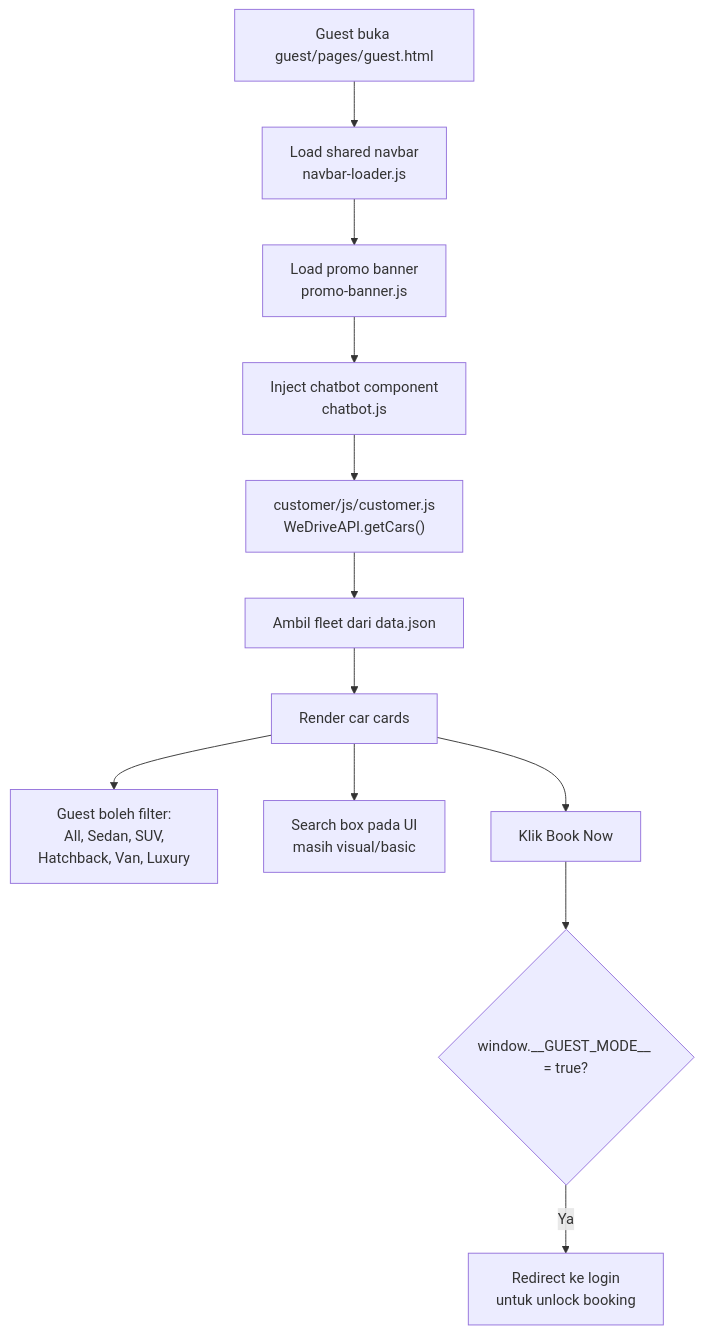
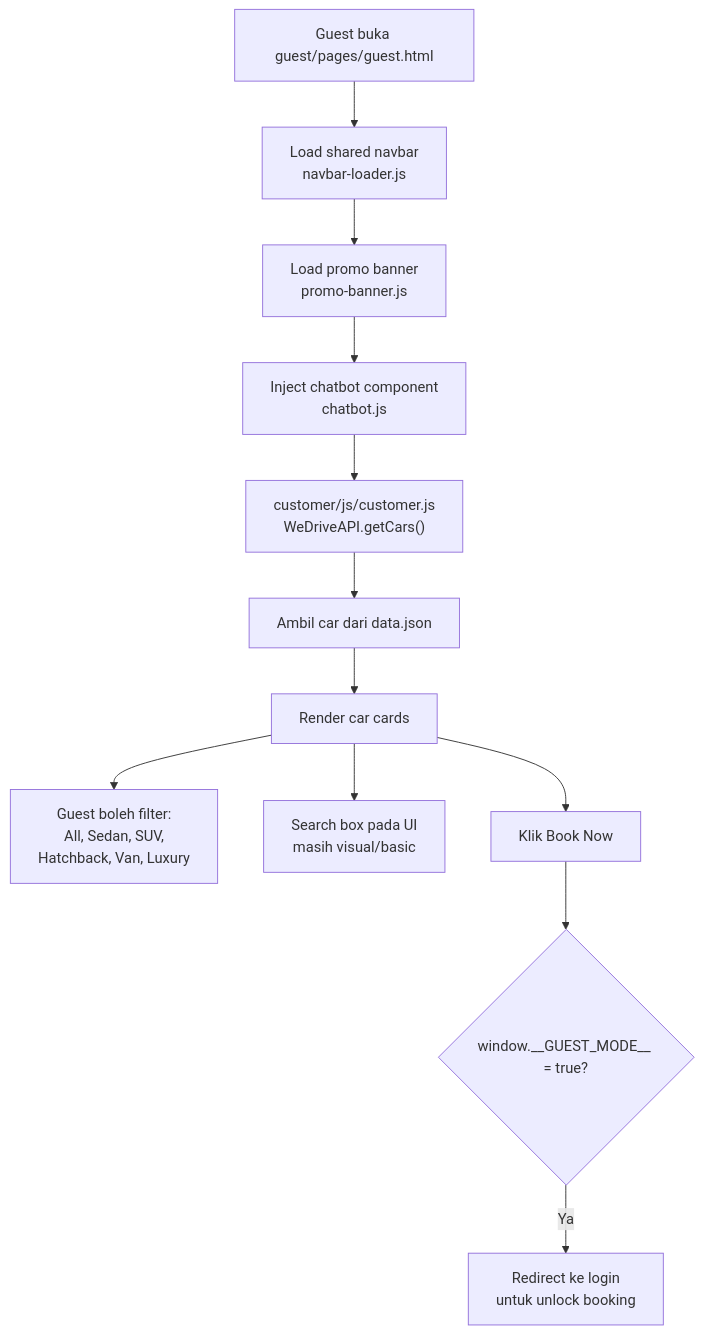
One commit to hdanial211/WeDRIVE changed the fifth of 20 diagrams in docs/FULL_SYSTEM_FLOWCHART.md. Above: the diagram before and after it, drawn with Mermaid. The commit also changed other lines of this file and 41 other files, not shown here.

Commit message:
5.5.12 Refactoring: Rename fleet terminology to car across language files and loaders

````diff
--- a/docs/FULL_SYSTEM_FLOWCHART.md
+++ b/docs/FULL_SYSTEM_FLOWCHART.md
@@ -115,16 +115,16 @@
 ```mermaid
 flowchart TD
     GUEST_START["Guest buka guest/pages/guest.html"] --> LOAD_NAV["Load shared navbar<br/>navbar-loader.js"]
     LOAD_NAV --> LOAD_PROMO["Load promo banner<br/>promo-banner.js"]
     LOAD_PROMO --> LOAD_CHATBOT["Inject chatbot component<br/>chatbot.js"]
     LOAD_CHATBOT --> LOAD_CARS["customer/js/customer.js<br/>WeDriveAPI.getCars()"]
-    LOAD_CARS --> DATA_JSON["Ambil fleet dari data.json"]
+    LOAD_CARS --> DATA_JSON["Ambil car dari data.json"]
     DATA_JSON --> RENDER_CARS["Render car cards"]
 
     RENDER_CARS --> FILTER["Guest boleh filter:<br/>All, Sedan, SUV,<br/>Hatchback, Van, Luxury"]
     RENDER_CARS --> SEARCH_BOX["Search box pada UI<br/>masih visual/basic"]
     RENDER_CARS --> BOOK_CLICK["Klik Book Now"]
 
     BOOK_CLICK --> GUEST_MODE{"window.__GUEST_MODE__ = true?"}
     GUEST_MODE -->|Ya| GO_LOGIN["Redirect ke login<br/>untuk unlock booking"]
 ```
````
